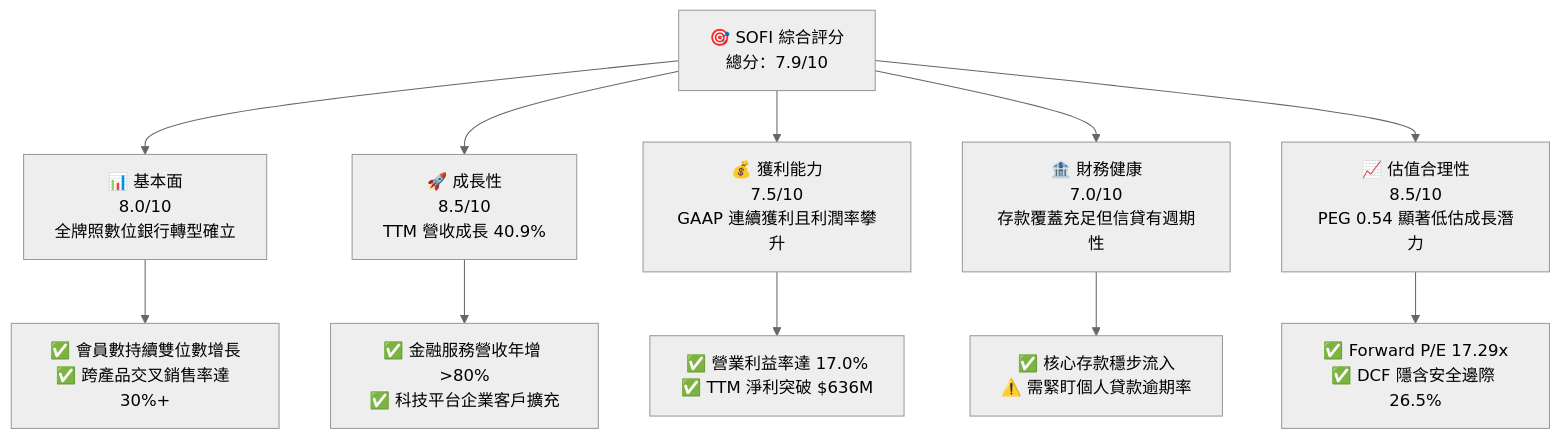
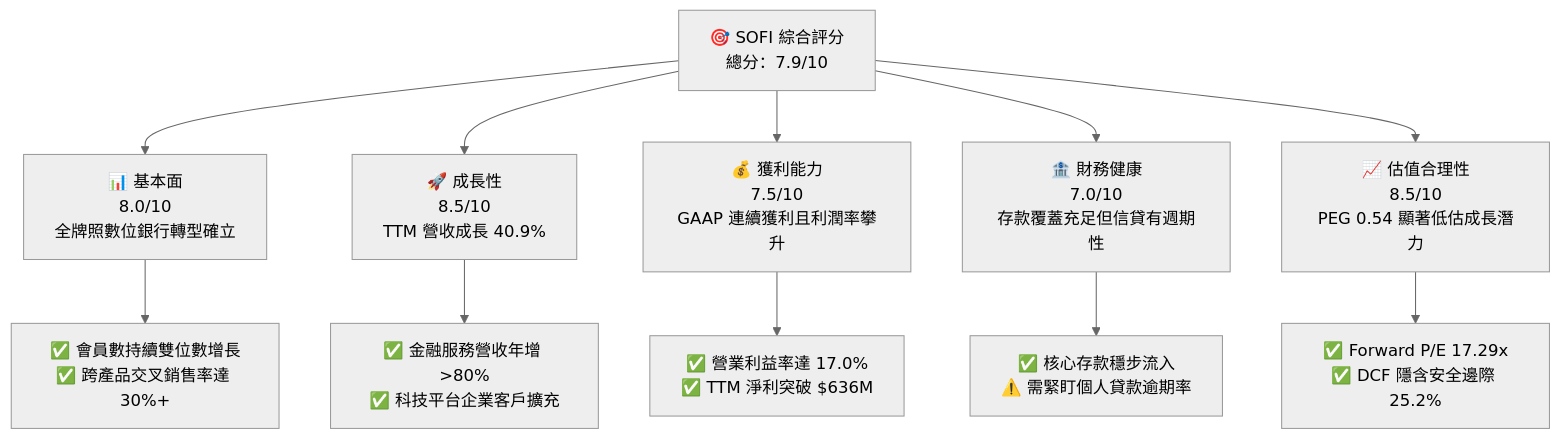
The first of 14 diagrams in ai_gen_report/fundamental/sofi/fundamental_analysis_2026-10-14_gemini.md (yennanliu/finance_data), drawn with Mermaid (neutral theme) before and after one commit. The commit also changed other lines of this file and 339 other files, not shown here.

````diff
--- a/ai_gen_report/fundamental/sofi/fundamental_analysis_2026-10-14_gemini.md
+++ b/ai_gen_report/fundamental/sofi/fundamental_analysis_2026-10-14_gemini.md
@@ -58,22 +65,22 @@
 ```mermaid
 graph TD
     TICKER["🎯 SOFI 綜合評分<br/>總分：7.9/10"]
 
     F["📊 基本面<br/>8.0/10<br/>全牌照數位銀行轉型確立"]
     G["🚀 成長性<br/>8.5/10<br/>TTM 營收成長 40.9%"]
     P["💰 獲利能力<br/>7.5/10<br/>GAAP 連續獲利且利潤率攀升"]
     B["🏦 財務健康<br/>7.0/10<br/>存款覆蓋充足但信貸有週期性"]
     V["📈 估值合理性<br/>8.5/10<br/>PEG 0.54 顯著低估成長潛力"]
 
     TICKER --> F
     TICKER --> G
     TICKER --> P
     TICKER --> B
     TICKER --> V
 
     F --> F1["✅ 會員數持續雙位數增長<br/>✅ 跨產品交叉銷售率達 30%+"]
     G --> G1["✅ 金融服務營收年增 >80%<br/>✅ 科技平台企業客戶擴充"]
     P --> P1["✅ 營業利益率達 17.0%<br/>✅ TTM 淨利突破 $636M"]
     B --> B1["✅ 核心存款穩步流入<br/>⚠️ 需緊盯個人貸款逾期率"]
-    V --> V1["✅ Forward P/E 17.29x<br/>✅ DCF 隱含安全邊際 26.5%"]
+    V --> V1["✅ Forward P/E 17.29x<br/>✅ DCF 隱含安全邊際 25.2%"]
 ```
````
